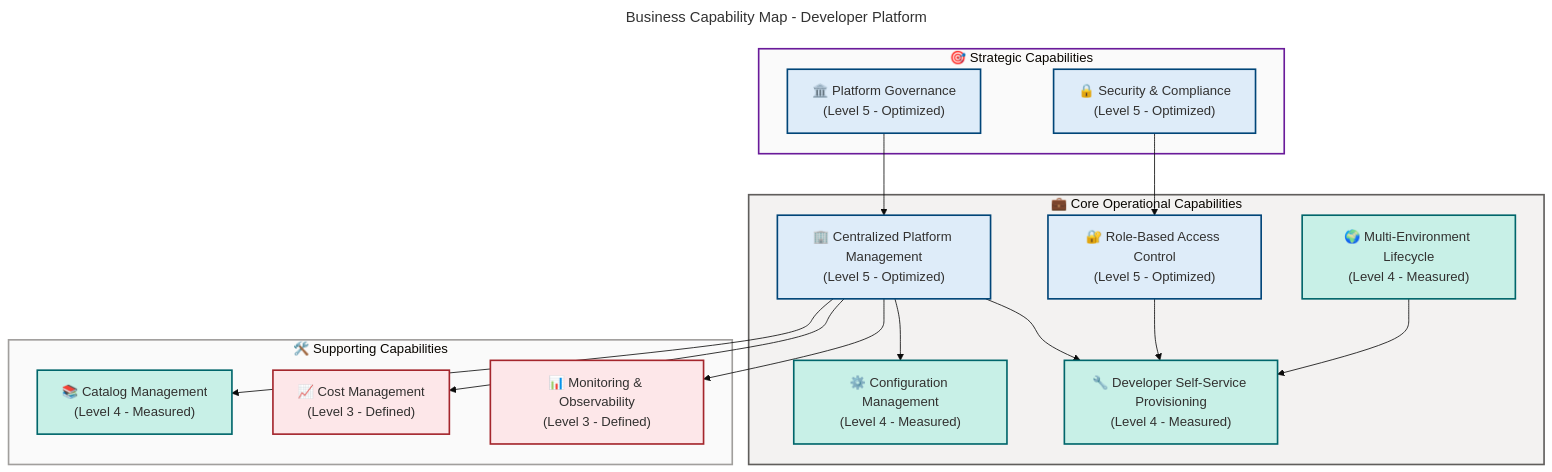
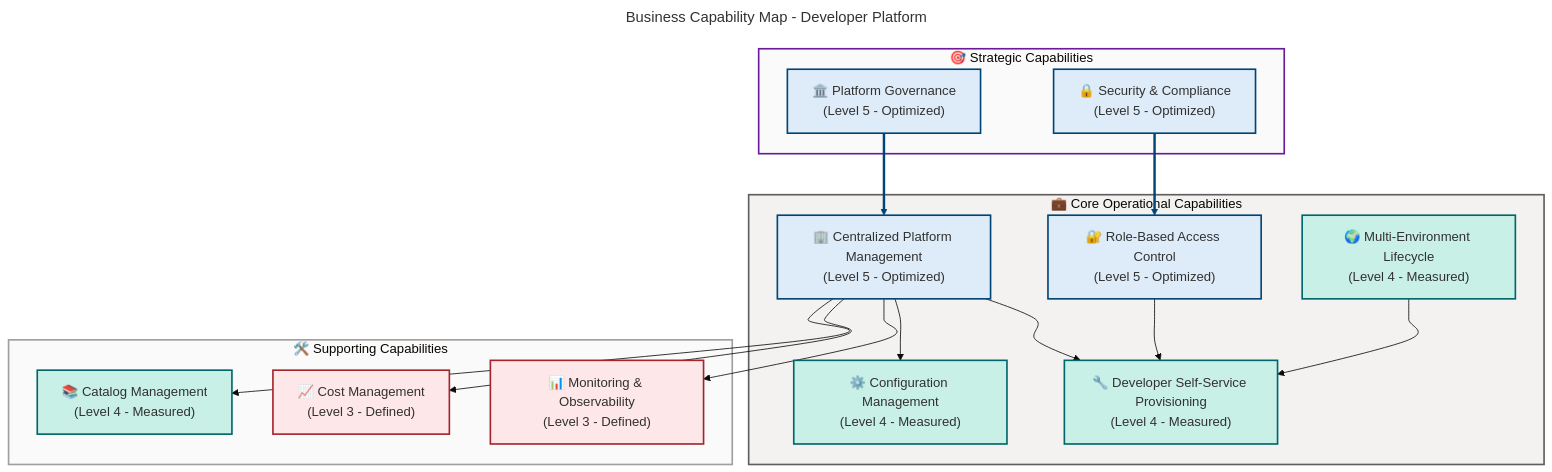
Before and after one commit to Evilazaro/DevExp-DevBox: the first of 4 diagrams in docs/architecture/Business-Architecture.md, drawn with Mermaid. The commit also changed other lines of this file, not shown here.

Commit message:
feat: enhance Mermaid diagrams with advanced edge animations and styling for critical paths

```diff
--- a/docs/architecture/Business-Architecture.md
+++ b/docs/architecture/Business-Architecture.md
@@ -99,6 +99,9 @@
     fontSize: '16px'
   flowchart:
     htmlLabels: false
+    curve: cardinal
+    nodeSpacing: 50
+    rankSpacing: 50
 ---
 flowchart TB
     accTitle: Business Capability Map - Developer Platform
@@ -137,15 +140,19 @@
         SUP3["📚 Catalog Management<br/>(Level 4 - Measured)"]:::level4
     end
 
-    %% Strategic drives Operational
-    SC1 --> OC1
-    SC2 --> OC2
+    %% Strategic drives Operational (animated critical paths)
+    SC1 e1@==> OC1
+    SC2 e2@==> OC2
 
     %% Operational capabilities relationships
     OC1 --> OC3
     OC1 --> OC5
     OC2 --> OC3
     OC4 --> OC3
+
+    %% Edge animations (P3 feature)
+    linkStyle 0 stroke:#004578,stroke-width:3px
+    linkStyle 1 stroke:#004578,stroke-width:3px
 
     %% Supporting capabilities enable Operational
     OC1 --> SUP1
```
